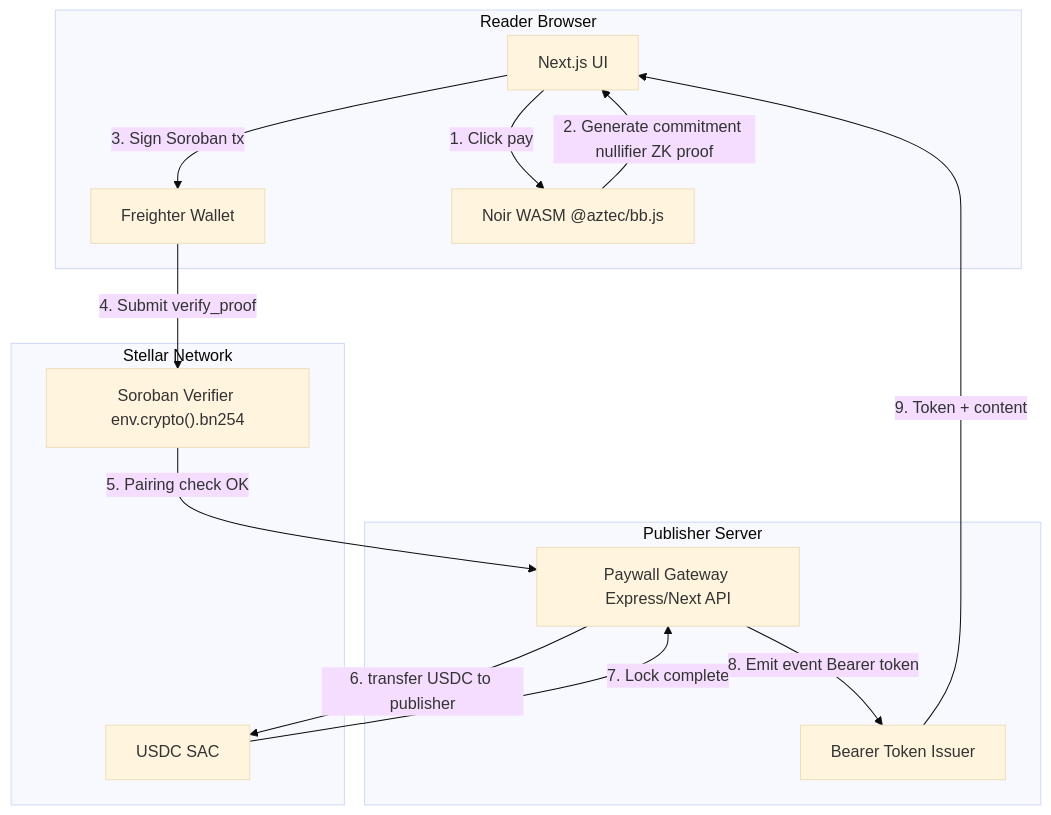
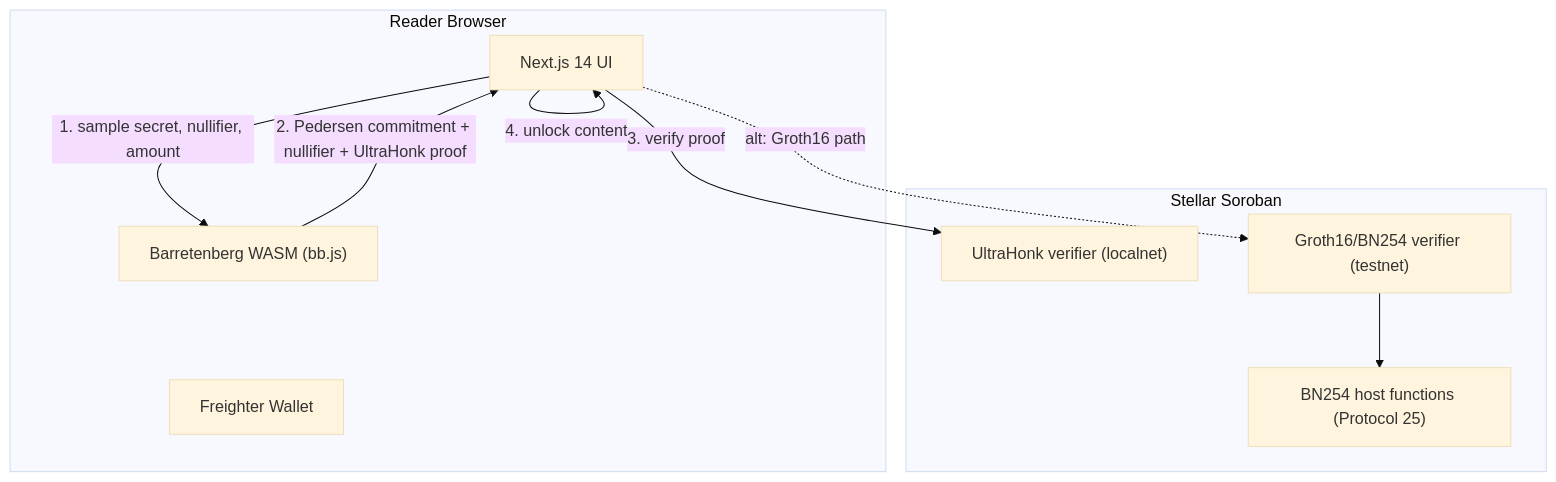
The diagram in README.md (JulioMCruz/VeilGate), drawn with Mermaid (base theme) before and after one commit. The commit also changed other lines of this file and 3 other files, not shown here.

````diff
--- a/README.md
+++ b/README.md
@@ -49,28 +67,21 @@
 ```mermaid
 flowchart TB
     subgraph Reader["Reader Browser"]
-        UI["Next.js UI"]
-        Freighter["Freighter Wallet"]
-        NoirWASM["Noir WASM @aztec/bb.js"]
+        UI["Next.js 14 UI"]
+        BB["Barretenberg WASM (bb.js)"]
+        FW["Freighter Wallet"]
     end
 
-    subgraph Publisher["Publisher Server"]
-        Gateway["Paywall Gateway Express/Next API"]
-        Bearer["Bearer Token Issuer"]
+    subgraph Stellar["Stellar Soroban"]
+        VH["UltraHonk verifier (localnet)"]
+        VG["Groth16/BN254 verifier (testnet)"]
+        HF["BN254 host functions (Protocol 25)"]
     end
 
-    subgraph Stellar["Stellar Network"]
-        Soroban["Soroban Verifier env.crypto().bn254"]
-        SAC["USDC SAC"]
-    end
-
-    UI -->|"1. Click pay"| NoirWASM
-    NoirWASM -->|"2. Generate commitment nullifier ZK proof"| UI
-    UI -->|"3. Sign Soroban tx"| Freighter
-    Freighter -->|"4. Submit verify_proof"| Soroban
-    Soroban -->|"5. Pairing check OK"| Gateway
-    Gateway -->|"6. transfer USDC to publisher"| SAC
-    SAC -->|"7. Lock complete"| Gateway
-    Gateway -->|"8. Emit event Bearer token"| Bearer
-    Bearer -->|"9. Token + content"| UI
+    UI -->|"1. sample secret, nullifier, amount"| BB
+    BB -->|"2. Pedersen commitment + nullifier + UltraHonk proof"| UI
+    UI -->|"3. verify proof"| VH
+    UI -. "alt: Groth16 path" .-> VG
+    VG --> HF
+    UI -->|"4. unlock content"| UI
 ```
````
